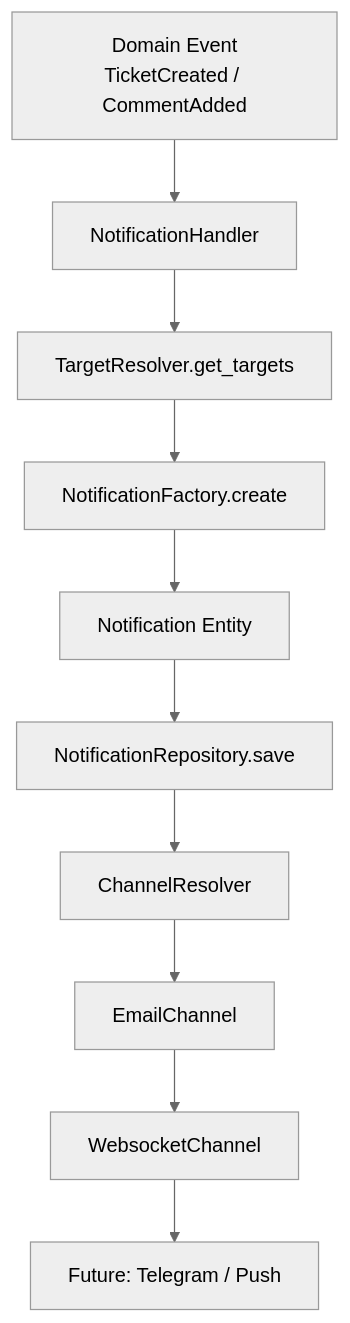
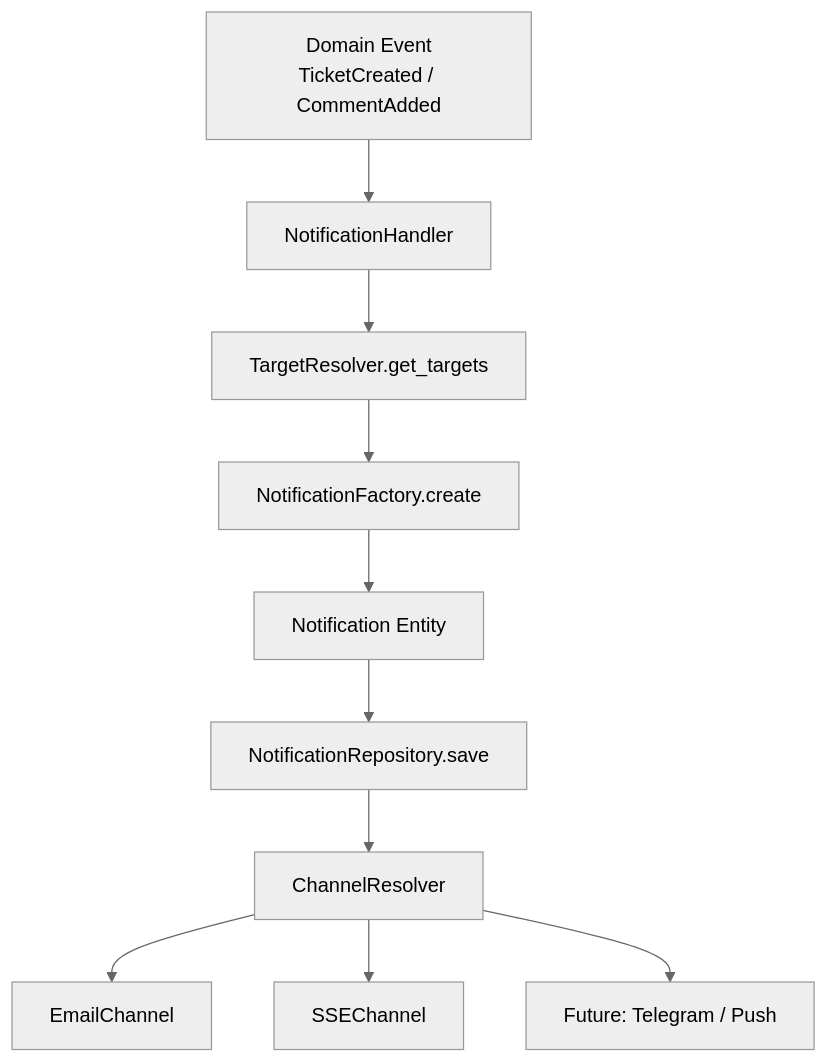
Before and after one commit to Andr171p/diocon-tickets: the diagram in backend/docs/notifications_implementation.md, drawn with Mermaid (neutral theme). The commit also changed 24 other files, not shown here.

````diff
--- a/backend/docs/notifications_implementation.md
+++ b/backend/docs/notifications_implementation.md
@@ -5,12 +5,12 @@
 ```mermaid
 graph TD
     A[Domain Event<br/>TicketCreated / CommentAdded] --> B[NotificationHandler]
     B --> C[TargetResolver.get_targets]
     C --> D[NotificationFactory.create]
     D --> E[Notification Entity]
     E --> F[NotificationRepository.save]
     F --> G[ChannelResolver]
     G --> H[EmailChannel]
-    H --> I[WebsocketChannel]
-    I --> J[Future: Telegram / Push]
+    G --> I[SSEChannel]
+    G --> J[Future: Telegram / Push]
 ```
````
